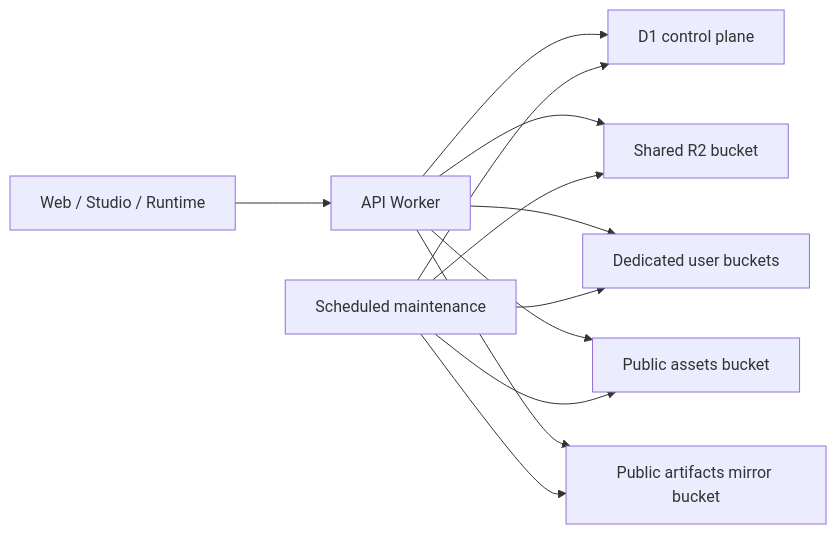
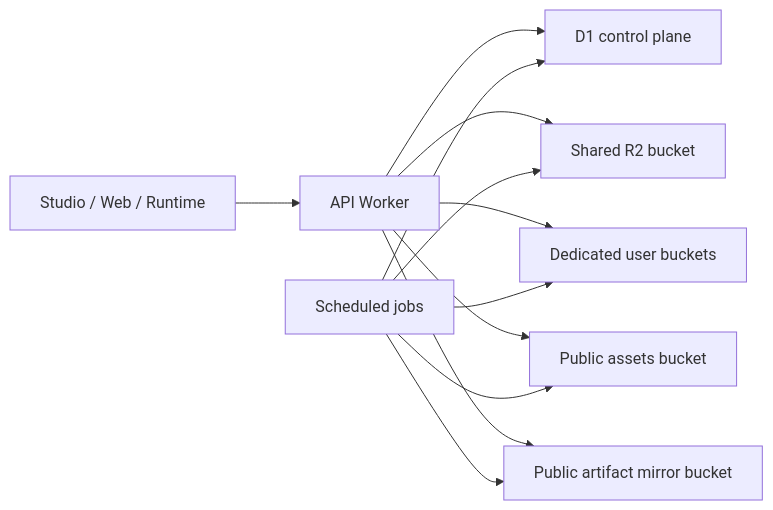
The diagram in docs/architecture.md (Vibecodr-dot-Space/storage-in-public), drawn with Mermaid before and after one commit. The commit also changed other lines of this file and 17 other files, not shown here.

````diff
--- a/docs/architecture.md
+++ b/docs/architecture.md
@@ -21,14 +24,14 @@
 ```mermaid
 flowchart LR
-  A["Web / Studio / Runtime"] --> B["API Worker"]
+  A["Studio / Web / Runtime"] --> B["API Worker"]
   B --> C["D1 control plane"]
   B --> D["Shared R2 bucket"]
   B --> E["Dedicated user buckets"]
   B --> F["Public assets bucket"]
-  B --> G["Public artifacts mirror bucket"]
-  H["Scheduled maintenance"] --> C
+  B --> G["Public artifact mirror bucket"]
+  H["Scheduled jobs"] --> C
   H --> D
   H --> E
   H --> F
   H --> G
 ```
````
